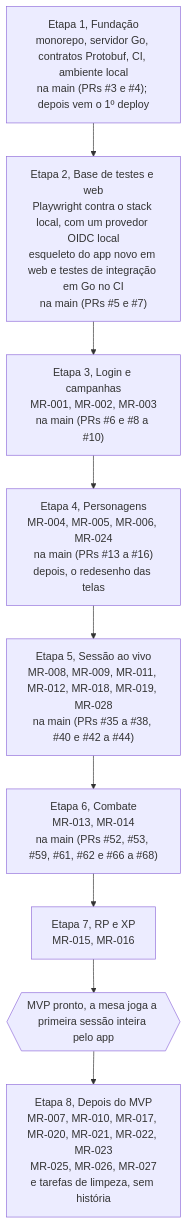
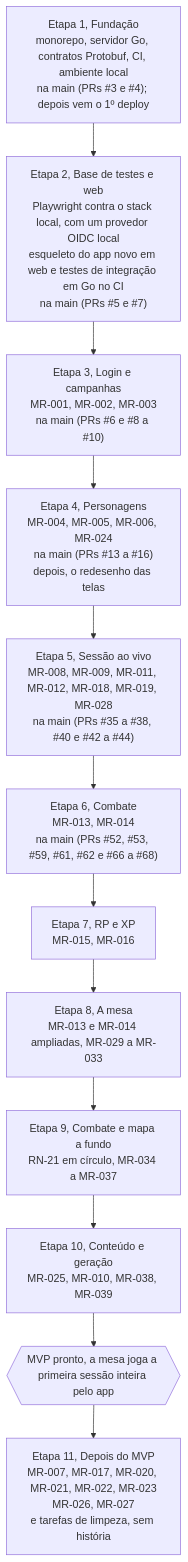
One commit to PuraFome/meuRPG changed the diagram in docs/roadmap.md. Above: the diagram before and after it, drawn with Mermaid. The commit also changed other lines of this file and 9 other files, not shown here.

First line of the commit message:
docs: the MVP grows to Etapa 10 (table, combat depth, content and generation)

````diff
--- a/docs/roadmap.md
+++ b/docs/roadmap.md
@@ -5,14 +5,17 @@
 ```mermaid
 flowchart TD
     E1["Etapa 1, Fundação<br/>monorepo, servidor Go, contratos Protobuf, CI, ambiente local<br/>na main (PRs #3 e #4); depois vem o 1º deploy"]
     E2["Etapa 2, Base de testes e web<br/>Playwright contra o stack local, com um provedor OIDC local<br/>esqueleto do app novo em web e testes de integração em Go no CI<br/>na main (PRs #5 e #7)"]
     E3["Etapa 3, Login e campanhas<br/>MR-001, MR-002, MR-003<br/>na main (PRs #6 e #8 a #10)"]
     E4["Etapa 4, Personagens<br/>MR-004, MR-005, MR-006, MR-024<br/>na main (PRs #13 a #16)<br/>depois, o redesenho das telas"]
     E5["Etapa 5, Sessão ao vivo<br/>MR-008, MR-009, MR-011, MR-012, MR-018, MR-019, MR-028<br/>na main (PRs #35 a #38, #40 e #42 a #44)"]
     E6["Etapa 6, Combate<br/>MR-013, MR-014<br/>na main (PRs #52, #53, #59, #61, #62 e #66 a #68)"]
     E7["Etapa 7, RP e XP<br/>MR-015, MR-016"]
+    E8["Etapa 8, A mesa<br/>MR-013 e MR-014 ampliadas, MR-029 a MR-033"]
+    E9["Etapa 9, Combate e mapa a fundo<br/>RN-21 em círculo, MR-034 a MR-037"]
+    E10["Etapa 10, Conteúdo e geração<br/>MR-025, MR-010, MR-038, MR-039"]
     MVP{{"MVP pronto, a mesa joga a primeira sessão inteira pelo app"}}
-    E8["Etapa 8, Depois do MVP<br/>MR-007, MR-010, MR-017, MR-020, MR-021, MR-022, MR-023<br/>MR-025, MR-026, MR-027<br/>e tarefas de limpeza, sem história"]
+    E11["Etapa 11, Depois do MVP<br/>MR-007, MR-017, MR-020, MR-021, MR-022, MR-023<br/>MR-026, MR-027<br/>e tarefas de limpeza, sem história"]
 
-    E1 --> E2 --> E3 --> E4 --> E5 --> E6 --> E7 --> MVP --> E8
+    E1 --> E2 --> E3 --> E4 --> E5 --> E6 --> E7 --> E8 --> E9 --> E10 --> MVP --> E11
 ```
````
